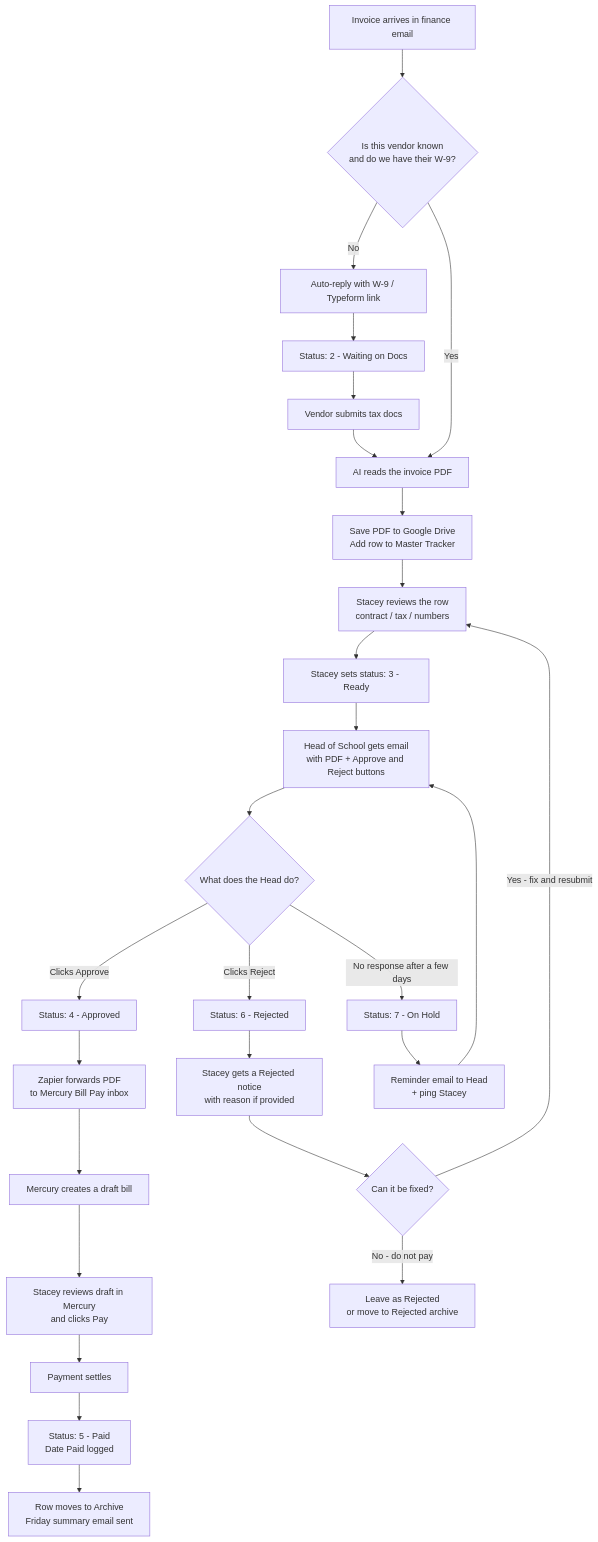
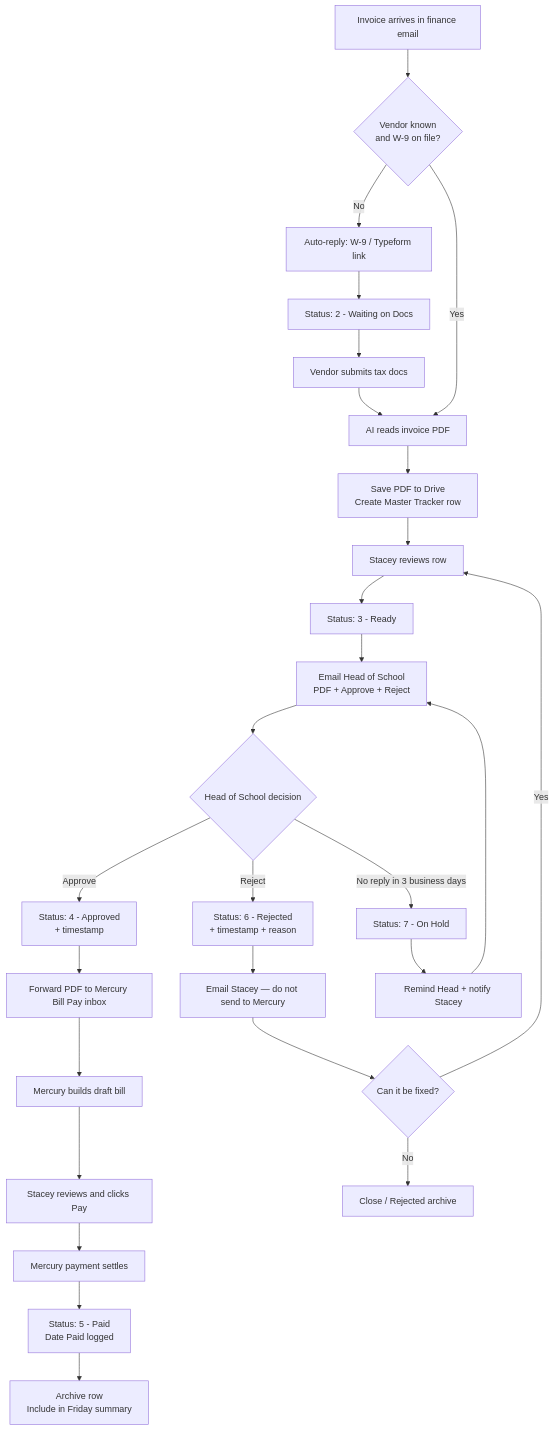
Before and after one commit to TheChaosDirector/TheChaosDirector: the diagram in docs/invoice-approval-workflow.md, drawn with Mermaid. The commit also changed other lines of this file, not shown here.

First line of the commit message:
Integrate reject and on-hold into the full invoice workflow

````diff
--- a/docs/invoice-approval-workflow.md
+++ b/docs/invoice-approval-workflow.md
@@ -28,36 +30,36 @@
 ```mermaid
 flowchart TD
-  A[Invoice arrives in finance email] --> B{Is this vendor known<br/>and do we have their W-9?}
+  A[Invoice arrives in finance email] --> B{Vendor known<br/>and W-9 on file?}
 
-  B -->|No| C[Auto-reply with W-9 / Typeform link]
+  B -->|No| C[Auto-reply: W-9 / Typeform link]
   C --> D[Status: 2 - Waiting on Docs]
   D --> E[Vendor submits tax docs]
-  E --> F[AI reads the invoice PDF]
+  E --> F[AI reads invoice PDF]
 
   B -->|Yes| F
 
-  F --> G[Save PDF to Google Drive<br/>Add row to Master Tracker]
-  G --> H[Stacey reviews the row<br/>contract / tax / numbers]
-  H --> I[Stacey sets status: 3 - Ready]
-  I --> J[Head of School gets email<br/>with PDF + Approve and Reject buttons]
+  F --> G[Save PDF to Drive<br/>Create Master Tracker row]
+  G --> H[Stacey reviews row]
+  H --> I[Status: 3 - Ready]
+  I --> J[Email Head of School<br/>PDF + Approve + Reject]
 
-  J --> K{What does the Head do?}
+  J --> K{Head of School decision}
 
-  K -->|Clicks Approve| L[Status: 4 - Approved]
-  L --> M[Zapier forwards PDF<br/>to Mercury Bill Pay inbox]
-  M --> N[Mercury creates a draft bill]
-  N --> O[Stacey reviews draft in Mercury<br/>and clicks Pay]
-  O --> P[Payment settles]
+  K -->|Approve| L[Status: 4 - Approved<br/>+ timestamp]
+  L --> M[Forward PDF to Mercury Bill Pay inbox]
+  M --> N[Mercury builds draft bill]
+  N --> O[Stacey reviews and clicks Pay]
+  O --> P[Mercury payment settles]
   P --> Q[Status: 5 - Paid<br/>Date Paid logged]
-  Q --> R[Row moves to Archive<br/>Friday summary email sent]
+  Q --> R[Archive row<br/>Include in Friday summary]
 
-  K -->|Clicks Reject| S[Status: 6 - Rejected]
-  S --> T[Stacey gets a Rejected notice<br/>with reason if provided]
+  K -->|Reject| S[Status: 6 - Rejected<br/>+ timestamp + reason]
+  S --> T[Email Stacey — do not send to Mercury]
   T --> U{Can it be fixed?}
-  U -->|Yes - fix and resubmit| H
-  U -->|No - do not pay| V[Leave as Rejected<br/>or move to Rejected archive]
+  U -->|Yes| H
+  U -->|No| V[Close / Rejected archive]
 
-  K -->|No response after a few days| W[Status: 7 - On Hold]
-  W --> X[Reminder email to Head<br/>+ ping Stacey]
+  K -->|No reply in 3 business days| W[Status: 7 - On Hold]
+  W --> X[Remind Head + notify Stacey]
   X --> J
 ```
````
